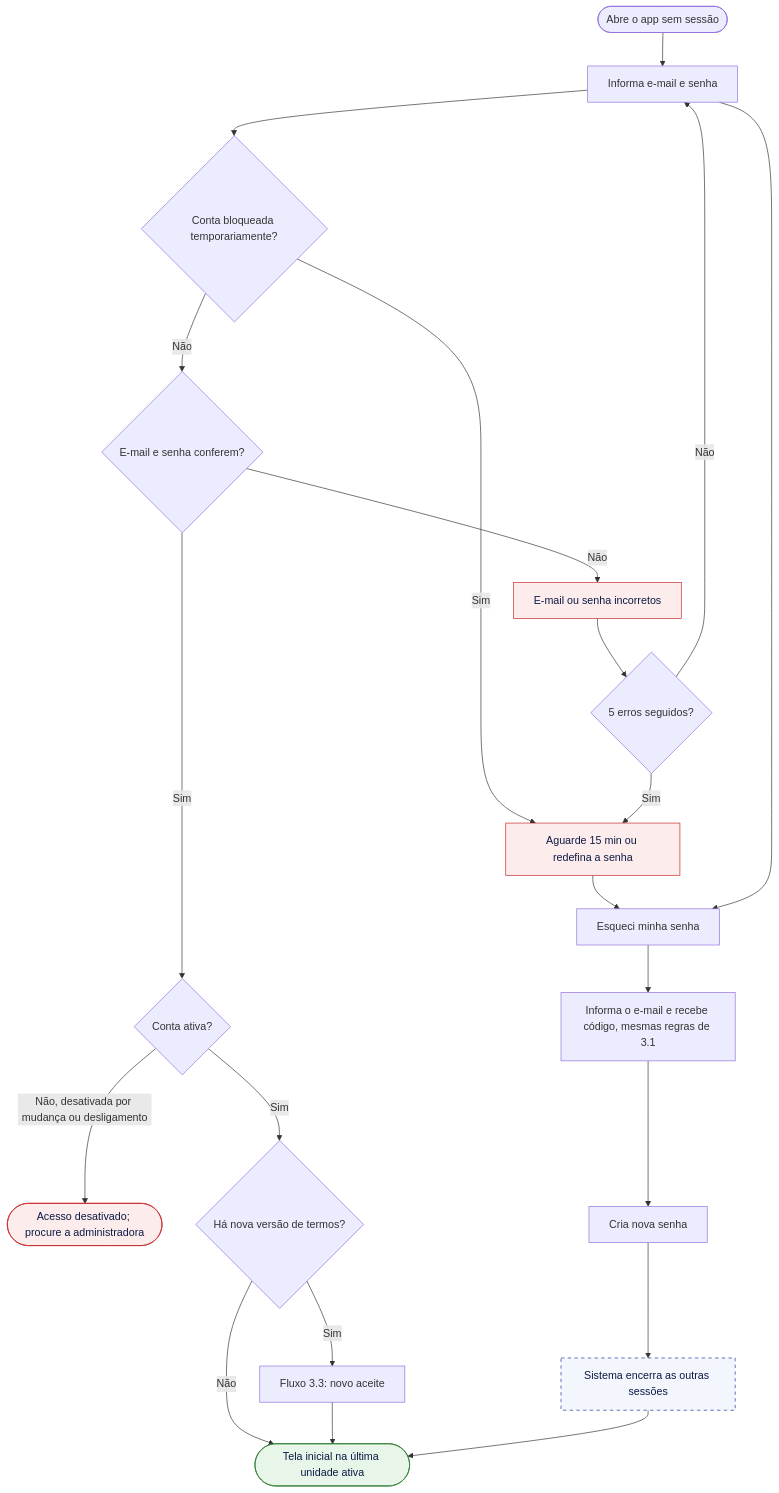
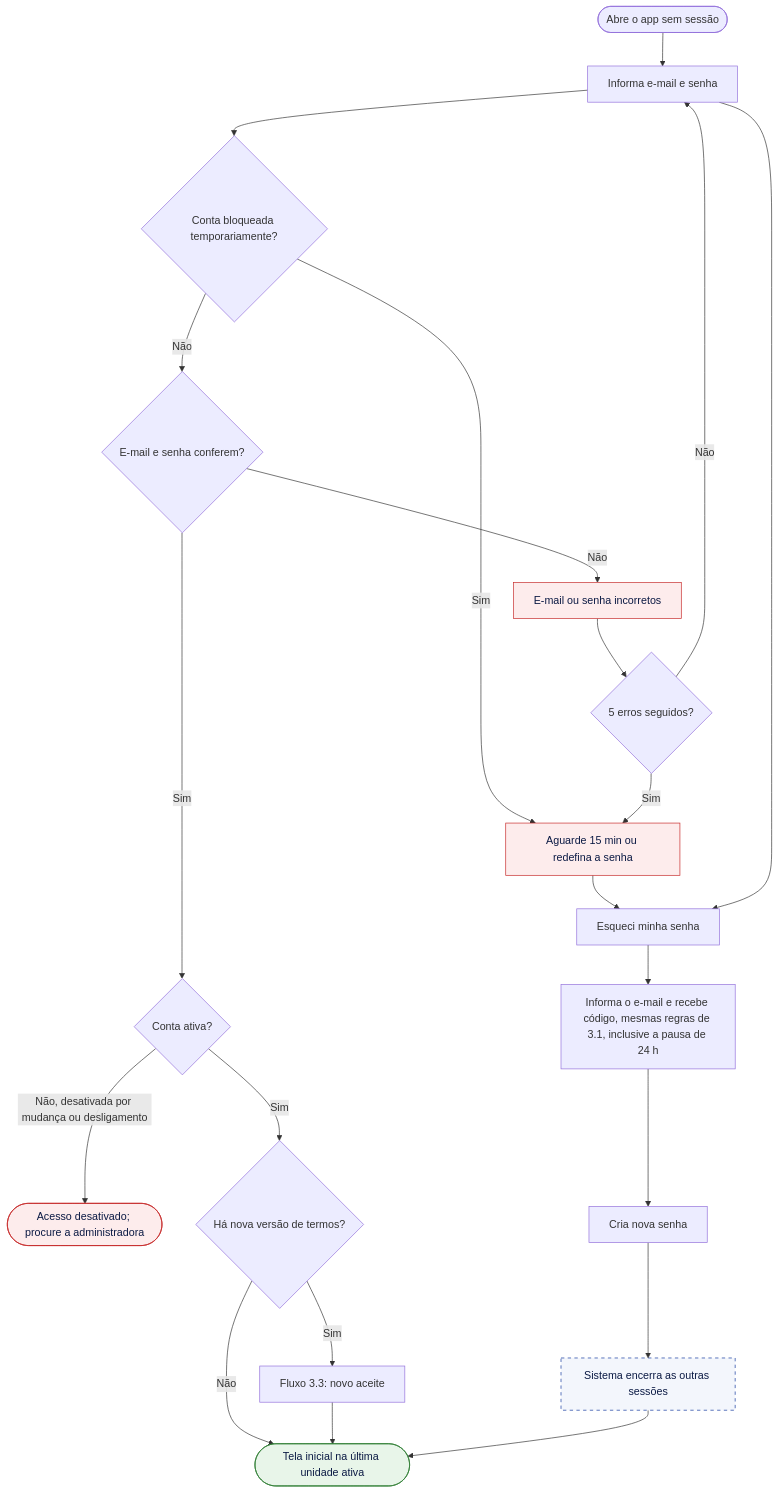
Before and after one commit to pedrolems/CondomiFacil: the second of 33 diagrams in docs/02-design/02-user-flows.md, drawn with Mermaid. The commit also changed other lines of this file and 158 other files, not shown here.

````diff
--- a/docs/02-design/02-user-flows.md
+++ b/docs/02-design/02-user-flows.md
@@ -137,29 +139,29 @@
 ```mermaid
 flowchart TD
     A(["Abre o app sem sessão"]) --> B["Informa e-mail e senha"]
     B --> C{"Conta bloqueada temporariamente?"}
     C -->|"Sim"| E1["Aguarde 15 min ou redefina a senha"]
     C -->|"Não"| D{"E-mail e senha conferem?"}
     D -->|"Não"| E2["E-mail ou senha incorretos"]
     E2 --> F{"5 erros seguidos?"}
     F -->|"Não"| B
     F -->|"Sim"| E1
     D -->|"Sim"| G{"Conta ativa?"}
     G -->|"Não, desativada por mudança ou desligamento"| E3(["Acesso desativado; procure a administradora"])
     G -->|"Sim"| H{"Há nova versão de termos?"}
     H -->|"Sim"| I["Fluxo 3.3: novo aceite"]
     H -->|"Não"| J(["Tela inicial na última unidade ativa"])
     I --> J
     E1 --> R["Esqueci minha senha"]
     B --> R
-    R --> R1["Informa o e-mail e recebe código, mesmas regras de 3.1"]
+    R --> R1["Informa o e-mail e recebe código, mesmas regras de 3.1, inclusive a pausa de 24 h"]
     R1 --> R2["Cria nova senha"]
     R2 --> R3["Sistema encerra as outras sessões"]
     R3 --> J
     classDef ok fill:#E8F5E9,stroke:#2E7D32,color:#0B1A44
     classDef erro fill:#FDECEC,stroke:#C62828,color:#0B1A44
     classDef sis fill:#F3F6FC,stroke:#0E359D,stroke-dasharray:5 5,color:#0B1A44
     class J ok
     class E1,E2,E3 erro
     class R3 sis
 ```
````
